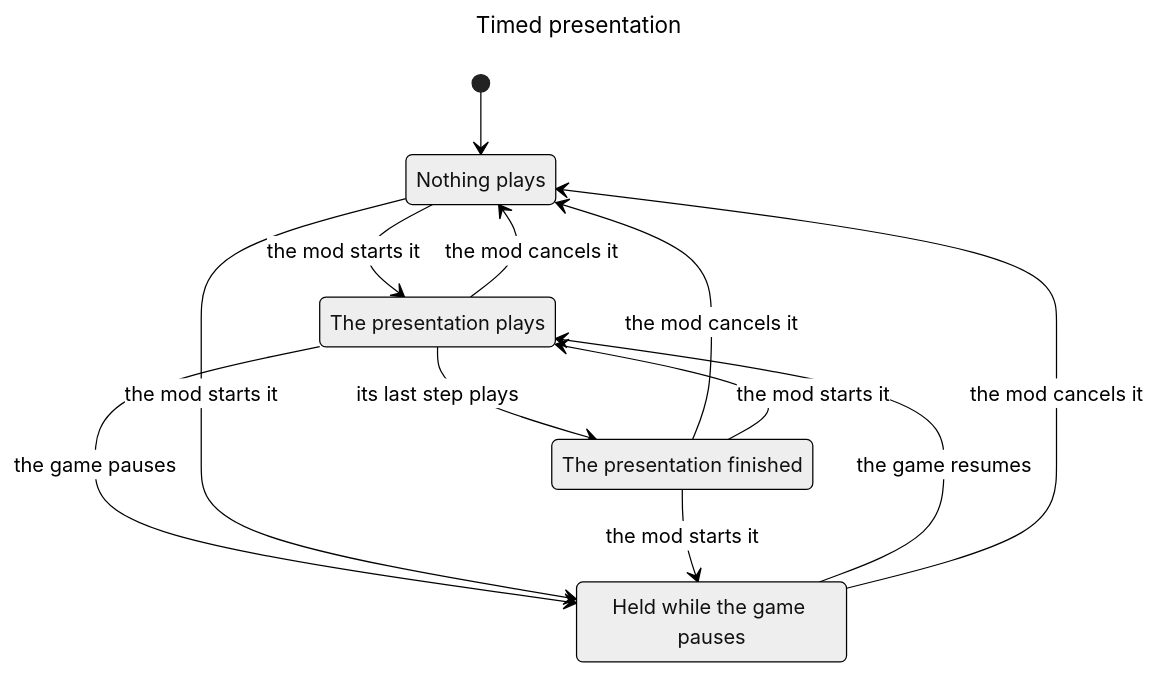
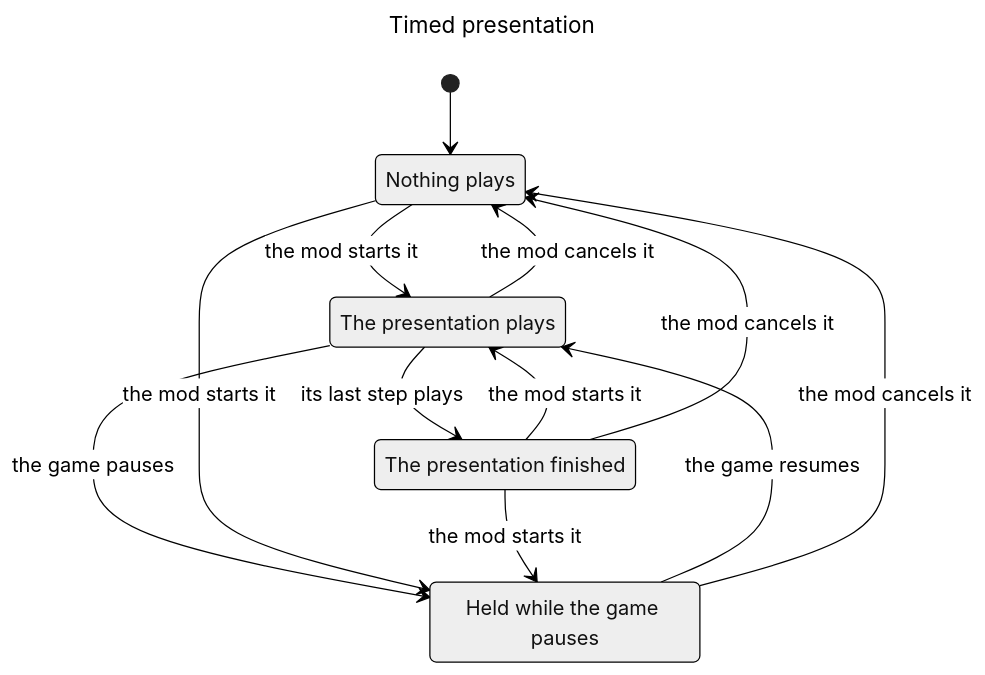
The diagram in panorama/Timeline.chart.mmd (paralin/modlock), drawn with Mermaid (neutral theme) before and after one commit. The commit also changed other lines of this file and 1 other file, not shown here.

```diff
--- a/panorama/Timeline.chart.mmd
+++ b/panorama/Timeline.chart.mmd
@@ -1,19 +1,19 @@
 ---
 title: "Timed presentation"
 ---
 stateDiagram-v2
   s0: Nothing plays
   s1: The presentation plays
   s2: Held while the game pauses
   s3: The presentation finished
   [*] --> s0
   s0 --> s1: the mod starts it
   s1 --> s0: the mod cancels it
   s1 --> s2: the game pauses
   s0 --> s2: the mod starts it
   s2 --> s1: the game resumes
   s2 --> s0: the mod cancels it
   s1 --> s3: its last step plays
+  s3 --> s1: the mod starts it
   s3 --> s0: the mod cancels it
-  s3 --> s1: the mod starts it
   s3 --> s2: the mod starts it
```
